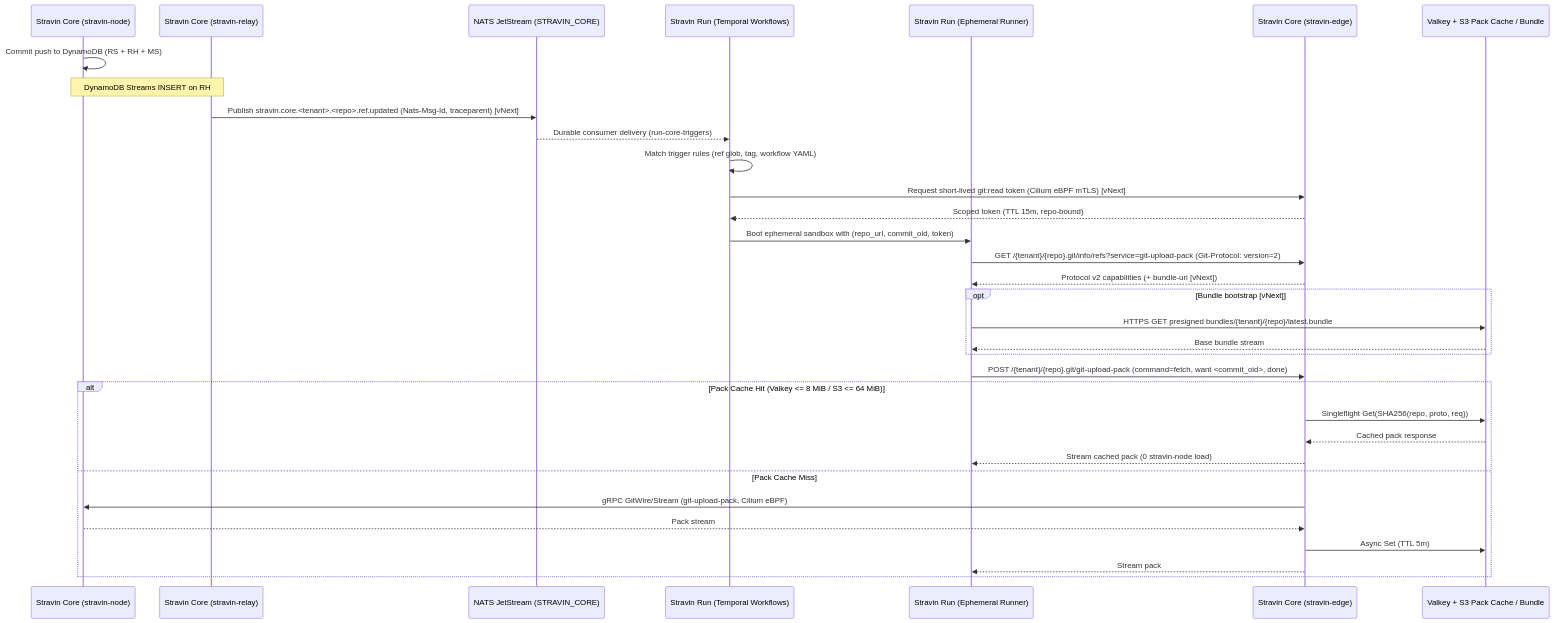
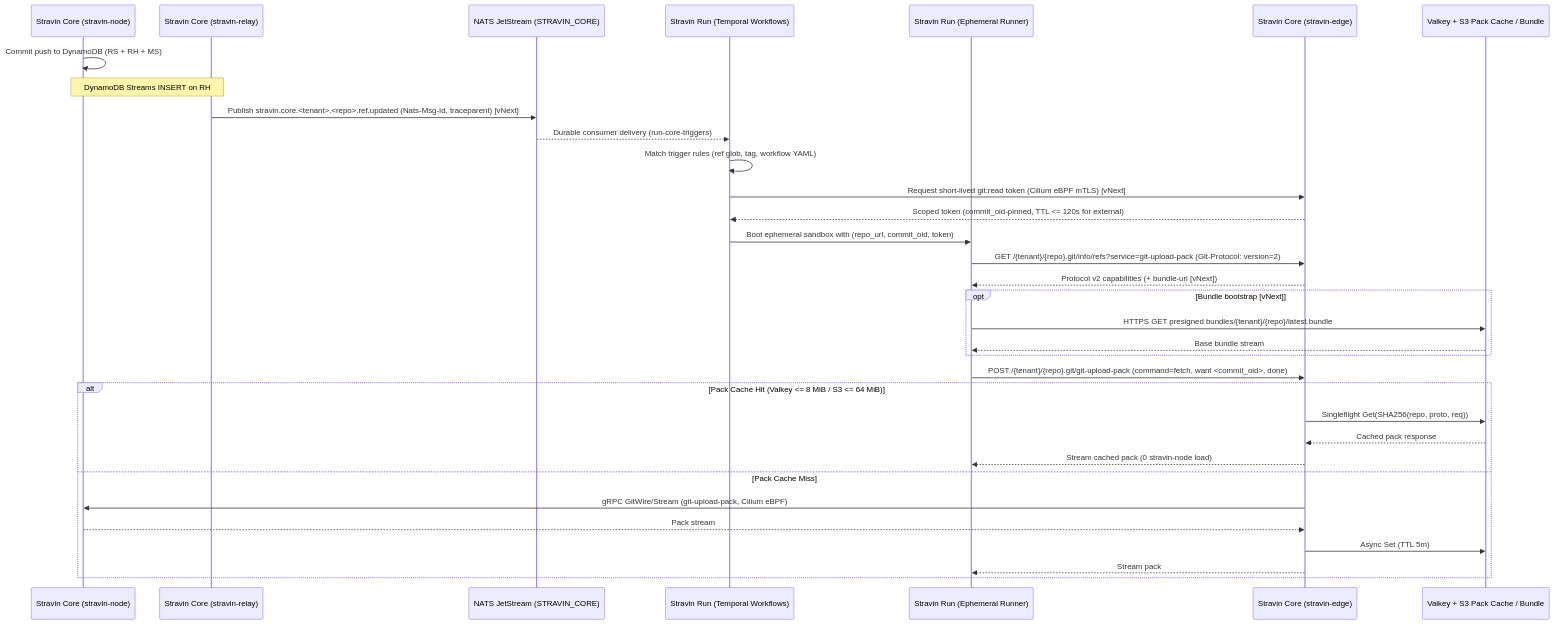
The diagram in docs/interfaces/core-run.md (stravin-dev/architecture), drawn with Mermaid before and after one commit. The commit also changed other lines of this file and 8 other files, not shown here.

````diff
--- a/docs/interfaces/core-run.md
+++ b/docs/interfaces/core-run.md
@@ -16,37 +16,37 @@
 ```mermaid
 sequenceDiagram
     participant Node as Stravin Core (stravin-node)
     participant Relay as Stravin Core (stravin-relay)
     participant NATS as NATS JetStream (STRAVIN_CORE)
     participant Run as Stravin Run (Temporal Workflows)
     participant Runner as Stravin Run (Ephemeral Runner)
     participant Edge as Stravin Core (stravin-edge)
     participant Cache as Valkey + S3 Pack Cache / Bundle
 
     Node->>Node: Commit push to DynamoDB (RS + RH + MS)
     Note over Node,Relay: DynamoDB Streams INSERT on RH#s
     Relay->>NATS: Publish stravin.core.<tenant>.<repo>.ref.updated (Nats-Msg-Id, traceparent) [vNext]
     NATS-->>Run: Durable consumer delivery (run-core-triggers)
     Run->>Run: Match trigger rules (ref glob, tag, workflow YAML)
     Run->>Edge: Request short-lived git:read token (Cilium eBPF mTLS) [vNext]
-    Edge-->>Run: Scoped token (TTL 15m, repo-bound)
+    Edge-->>Run: Scoped token (commit_oid-pinned, TTL <= 120s for external)
     Run->>Runner: Boot ephemeral sandbox with (repo_url, commit_oid, token)
 
     Runner->>Edge: GET /{tenant}/{repo}.git/info/refs?service=git-upload-pack (Git-Protocol: version=2)
     Edge-->>Runner: Protocol v2 capabilities (+ bundle-uri [vNext])
     opt Bundle bootstrap [vNext]
         Runner->>Cache: HTTPS GET presigned bundles/{tenant}/{repo}/latest.bundle
         Cache-->>Runner: Base bundle stream
     end
     Runner->>Edge: POST /{tenant}/{repo}.git/git-upload-pack (command=fetch, want <commit_oid>, done)
     alt Pack Cache Hit (Valkey <= 8 MiB / S3 <= 64 MiB)
         Edge->>Cache: Singleflight Get(SHA256(repo, proto, req))
         Cache-->>Edge: Cached pack response
         Edge-->>Runner: Stream cached pack (0 stravin-node load)
     else Pack Cache Miss
         Edge->>Node: gRPC GitWire/Stream (git-upload-pack, Cilium eBPF)
         Node-->>Edge: Pack stream
         Edge->>Cache: Async Set (TTL 5m)
         Edge-->>Runner: Stream pack
     end
 ```
````
